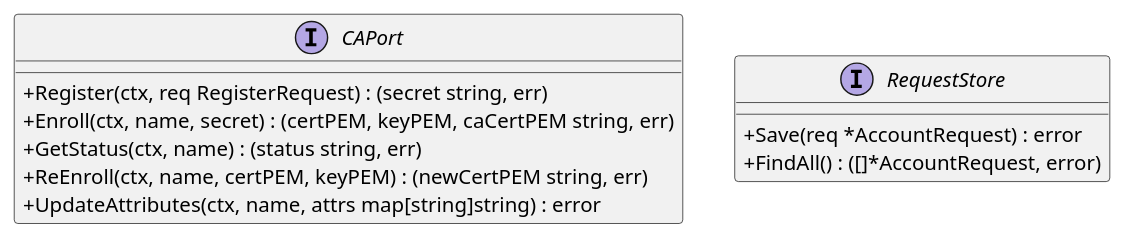
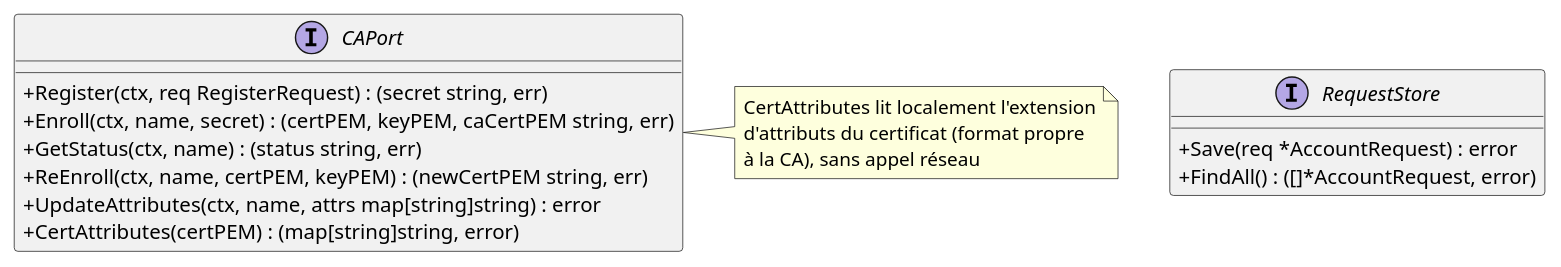
The third of 6 diagrams in specs/3-Conception/DC_D1_Auth_Identity.md (myr-forge/myr-core), drawn with PlantUML before and after one commit. The commit also changed other lines of this file and 28 other files, not shown here.

````diff
--- a/specs/3-Conception/DC_D1_Auth_Identity.md
+++ b/specs/3-Conception/DC_D1_Auth_Identity.md
@@ -257,17 +282,23 @@
 ```plantuml
 @startuml
 skinparam classAttributeIconSize 0
 interface CAPort {
   + Register(ctx, req RegisterRequest) : (secret string, err)
   + Enroll(ctx, name, secret) : (certPEM, keyPEM, caCertPEM string, err)
   + GetStatus(ctx, name) : (status string, err)
   + ReEnroll(ctx, name, certPEM, keyPEM) : (newCertPEM string, err)
   + UpdateAttributes(ctx, name, attrs map[string]string) : error
+  + CertAttributes(certPEM) : (map[string]string, error)
 }
+note right of CAPort
+  CertAttributes lit localement l'extension
+  d'attributs du certificat (format propre
+  à la CA), sans appel réseau
+end note
 
 interface RequestStore {
   + Save(req *AccountRequest) : error
   + FindAll() : ([]*AccountRequest, error)
 }
 @enduml
 ```
````
